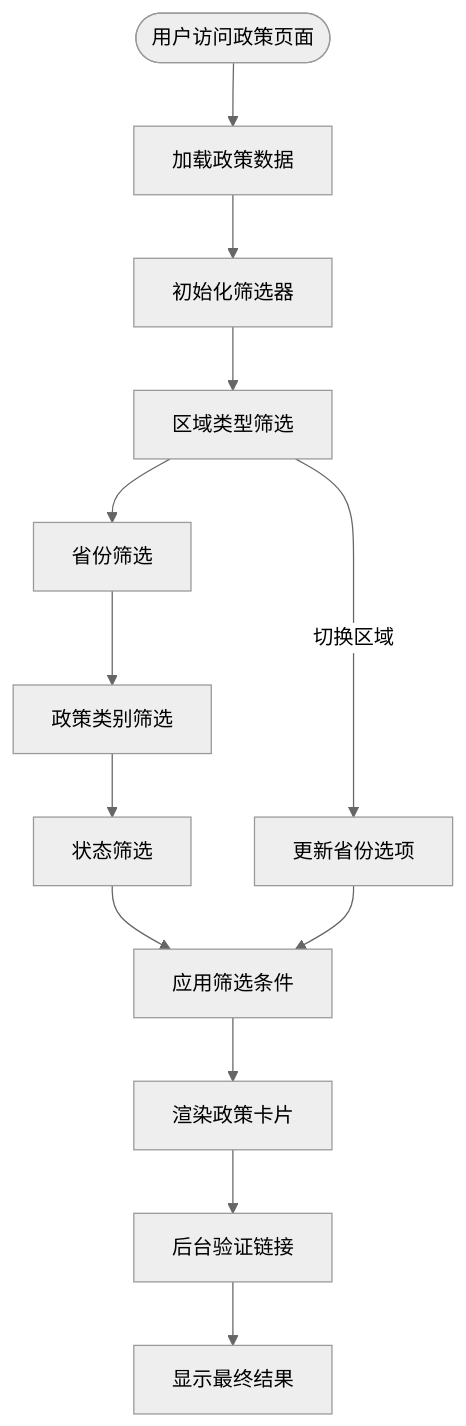
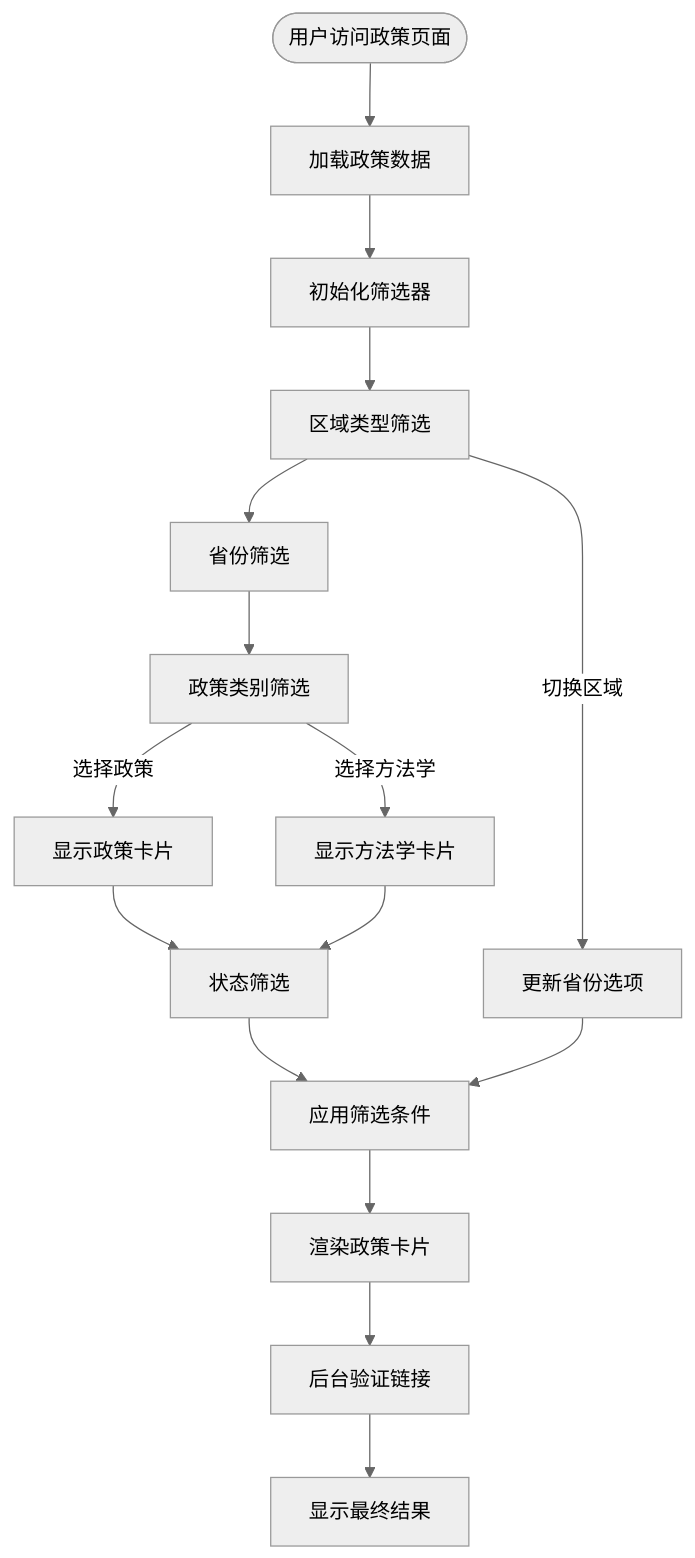
The fifth of 11 diagrams in .qoder/repowiki/zh/content/数据管理/政策数据管理/扩展的政策数据管理.md (liangxuanliang-cmd/carbon-info-agent), drawn with Mermaid (neutral theme) before and after one commit. The commit also changed other lines of this file and 5 other files, not shown here.

````diff
--- a/.qoder/repowiki/zh/content/数据管理/政策数据管理/扩展的政策数据管理.md
+++ b/.qoder/repowiki/zh/content/数据管理/政策数据管理/扩展的政策数据管理.md
@@ -243,15 +250,18 @@
 ```mermaid
 flowchart TD
 Start([用户访问政策页面]) --> LoadData[加载政策数据]
 LoadData --> InitFilters[初始化筛选器]
 InitFilters --> RegionFilter[区域类型筛选]
 RegionFilter --> ProvinceFilter[省份筛选]
 ProvinceFilter --> CategoryFilter[政策类别筛选]
-CategoryFilter --> StatusFilter[状态筛选]
+CategoryFilter --> |选择政策| PolicyView[显示政策卡片]
+CategoryFilter --> |选择方法学| MethodologyView[显示方法学卡片]
+PolicyView --> StatusFilter[状态筛选]
+MethodologyView --> StatusFilter
 StatusFilter --> ApplyFilters[应用筛选条件]
 ApplyFilters --> RenderCards[渲染政策卡片]
 RenderCards --> ValidateLinks[后台验证链接]
 ValidateLinks --> Display[显示最终结果]
 RegionFilter --> |切换区域| UpdateProvinces[更新省份选项]
 UpdateProvinces --> ApplyFilters
 ```
````
